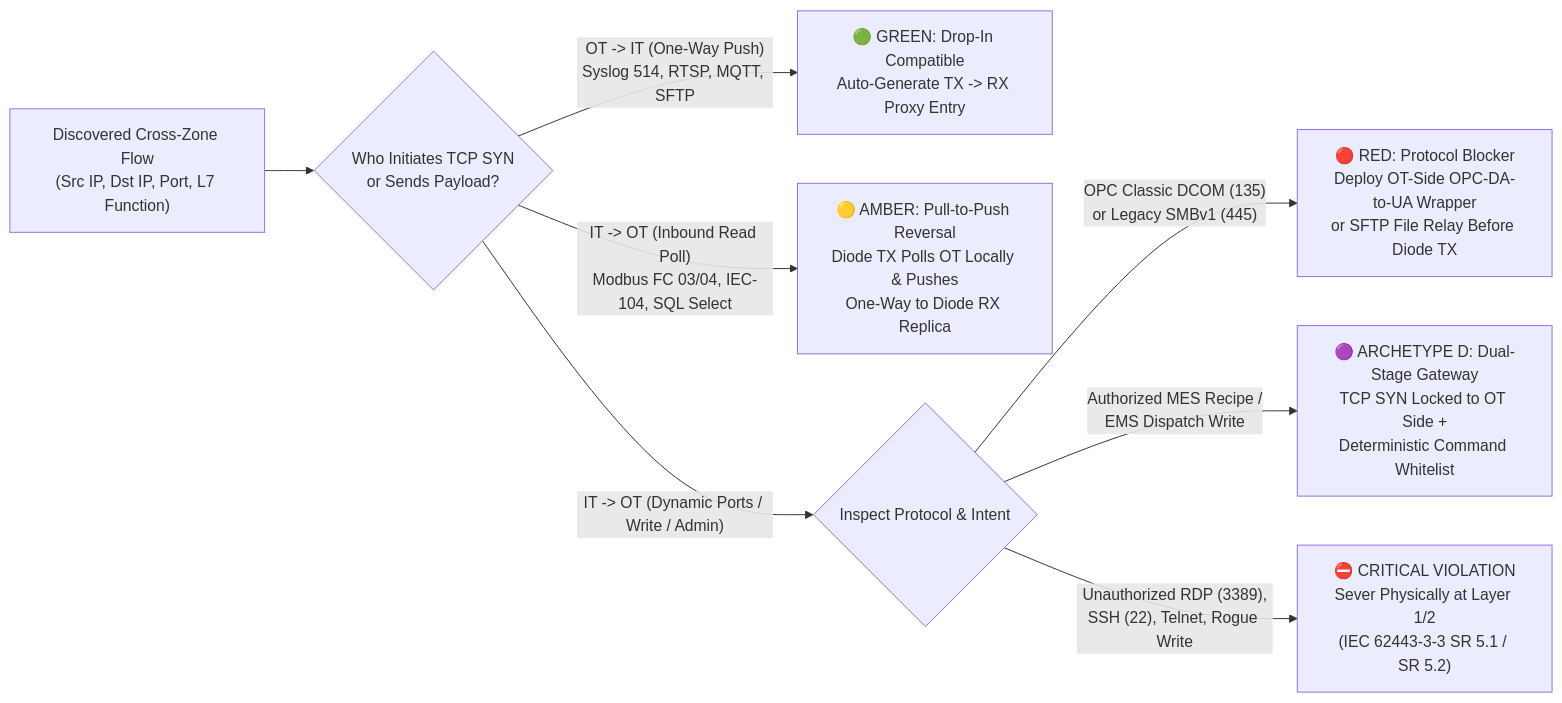
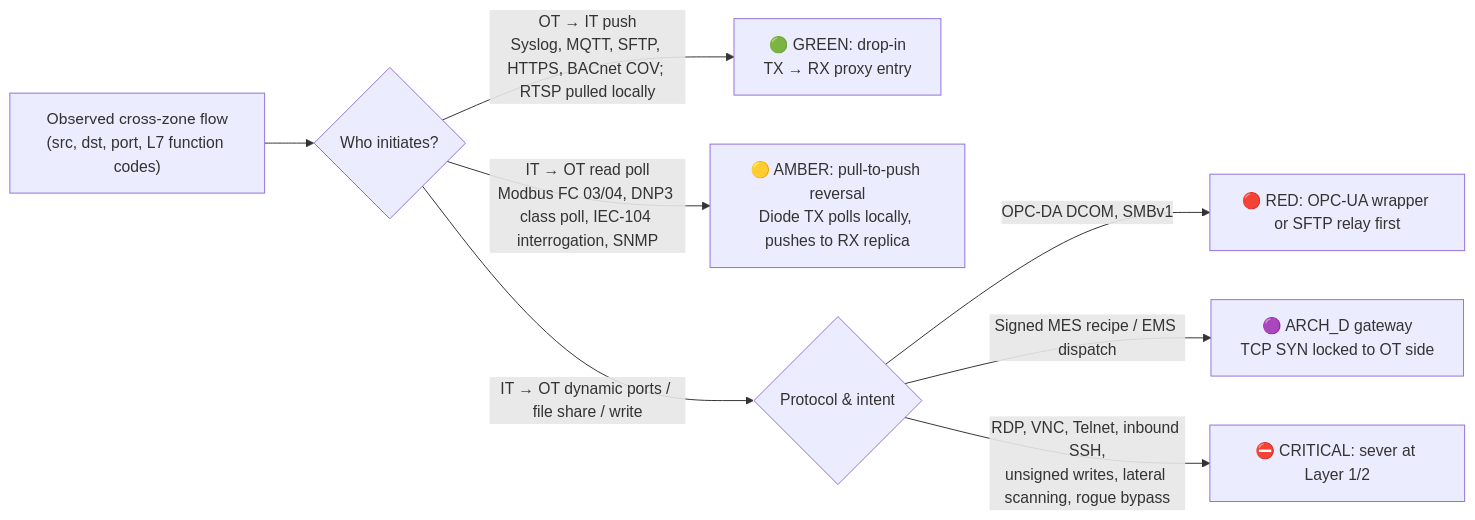
The second of 2 diagrams in README.md (lopesrohan1988/conduit-ai), drawn with Mermaid before and after one commit. The commit also changed other lines of this file, not shown here.

````diff
--- a/README.md
+++ b/README.md
@@ -86,16 +118,12 @@
 ```mermaid
 flowchart LR
-    FLOW["Discovered Cross-Zone Flow<br/>(Src IP, Dst IP, Port, L7 Function)"] --> DIR{"Who Initiates TCP SYN<br/>or Sends Payload?"}
+    FLOW["Observed cross-zone flow<br/>(src, dst, port, L7 function codes)"] --> DIR{"Who initiates?"}
 
-    DIR -->|"OT -> IT (One-Way Push)<br/>Syslog 514, RTSP, MQTT, SFTP"| GREEN["🟢 GREEN: Drop-In Compatible<br/>Auto-Generate TX -> RX Proxy Entry"]
+    DIR -->|"OT → IT push<br/>Syslog, MQTT, SFTP, HTTPS, BACnet COV; RTSP pulled locally"| GREEN["🟢 GREEN: drop-in<br/>TX → RX proxy entry"]
+    DIR -->|"IT → OT read poll<br/>Modbus FC 03/04, DNP3 class poll, IEC-104 interrogation, SNMP"| AMBER["🟡 AMBER: pull-to-push reversal<br/>Diode TX polls locally, pushes to RX replica"]
+    DIR -->|"IT → OT dynamic ports / file share / write"| TYPE{"Protocol & intent"}
 
-    DIR -->|"IT -> OT (Inbound Read Poll)<br/>Modbus FC 03/04, IEC-104, SQL Select"| AMBER["🟡 AMBER: Pull-to-Push Reversal<br/>Diode TX Polls OT Locally & Pushes<br/>One-Way to Diode RX Replica"]
-
-    DIR -->|"IT -> OT (Dynamic Ports / Write / Admin)"| TYPE{"Inspect Protocol & Intent"}
-
-    TYPE -->|"OPC Classic DCOM (135)<br/>or Legacy SMBv1 (445)"| RED_WRAP["🔴 RED: Protocol Blocker<br/>Deploy OT-Side OPC-DA-to-UA Wrapper<br/>or SFTP File Relay Before Diode TX"]
-
-    TYPE -->|"Authorized MES Recipe /<br/>EMS Dispatch Write"| ARCH_D["🟣 ARCHETYPE D: Dual-Stage Gateway<br/>TCP SYN Locked to OT Side +<br/>Deterministic Command Whitelist"]
-
-    TYPE -->|"Unauthorized RDP (3389),<br/>SSH (22), Telnet, Rogue Write"| BLOCK["⛔ CRITICAL VIOLATION<br/>Sever Physically at Layer 1/2<br/>(IEC 62443-3-3 SR 5.1 / SR 5.2)"]
+    TYPE -->|"OPC-DA DCOM, SMBv1"| RED_WRAP["🔴 RED: OPC-UA wrapper or SFTP relay first"]
+    TYPE -->|"Signed MES recipe / EMS dispatch"| ARCH_D["🟣 ARCH_D gateway<br/>TCP SYN locked to OT side"]
+    TYPE -->|"RDP, VNC, Telnet, inbound SSH,<br/>unsigned writes, lateral scanning, rogue bypass"| BLOCK["⛔ CRITICAL: sever at Layer 1/2"]
 ```
````
